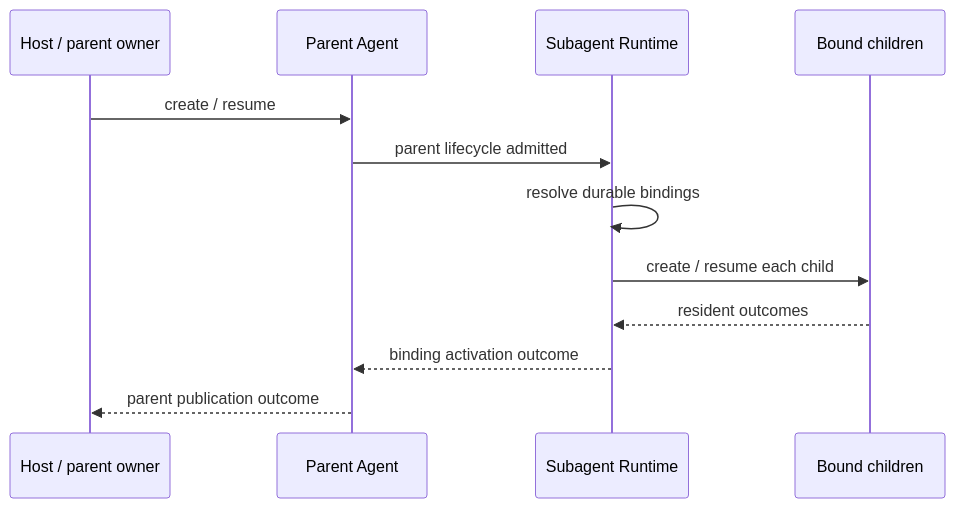
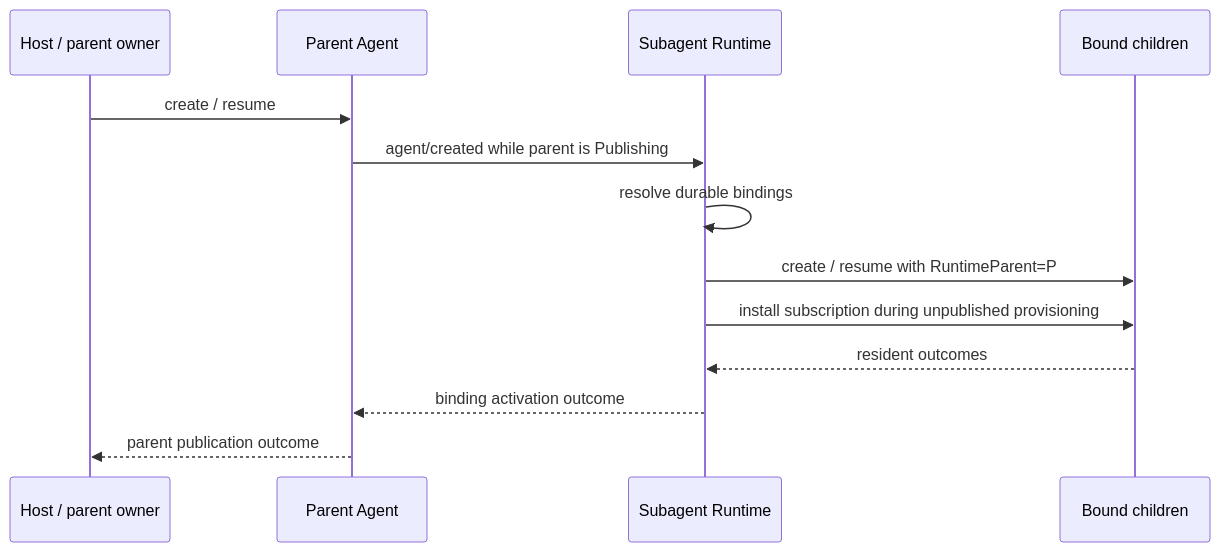
One commit to gorenx/goren changed the second of 2 diagrams in subagent/docs/parent-bound-requirements.zh-CN.md. Above: the diagram before and after it, drawn with Mermaid. The commit also changed other lines of this file and 14 other files, not shown here.

Commit message:
docs(agent): finalize lifecycle refactor design

````diff
--- a/subagent/docs/parent-bound-requirements.zh-CN.md
+++ b/subagent/docs/parent-bound-requirements.zh-CN.md
@@ -127,15 +129,16 @@
 ```mermaid
 sequenceDiagram
     participant H as Host / parent owner
     participant P as Parent Agent
     participant S as Subagent Runtime
     participant C as Bound children
 
     H->>P: create / resume
-    P->>S: parent lifecycle admitted
+    P->>S: agent/created while parent is Publishing
     S->>S: resolve durable bindings
-    S->>C: create / resume each child
+    S->>C: create / resume with RuntimeParent=P
+    S->>C: install subscription during unpublished provisioning
     C-->>S: resident outcomes
     S-->>P: binding activation outcome
     P-->>H: parent publication outcome
 ```
````
